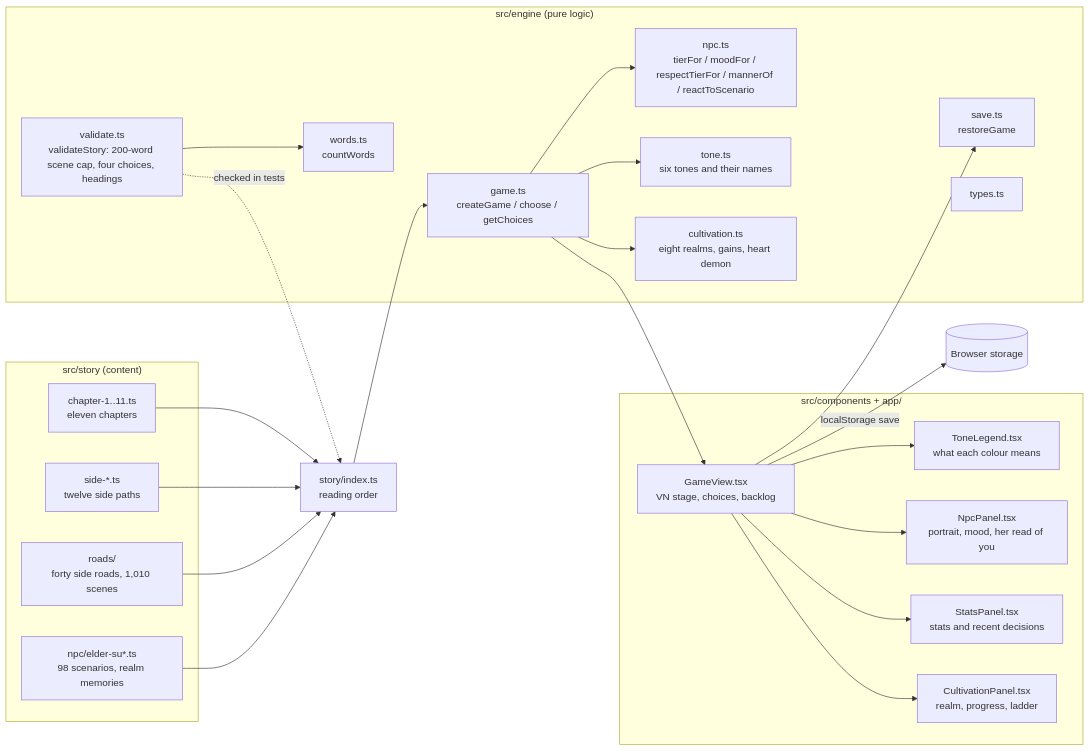
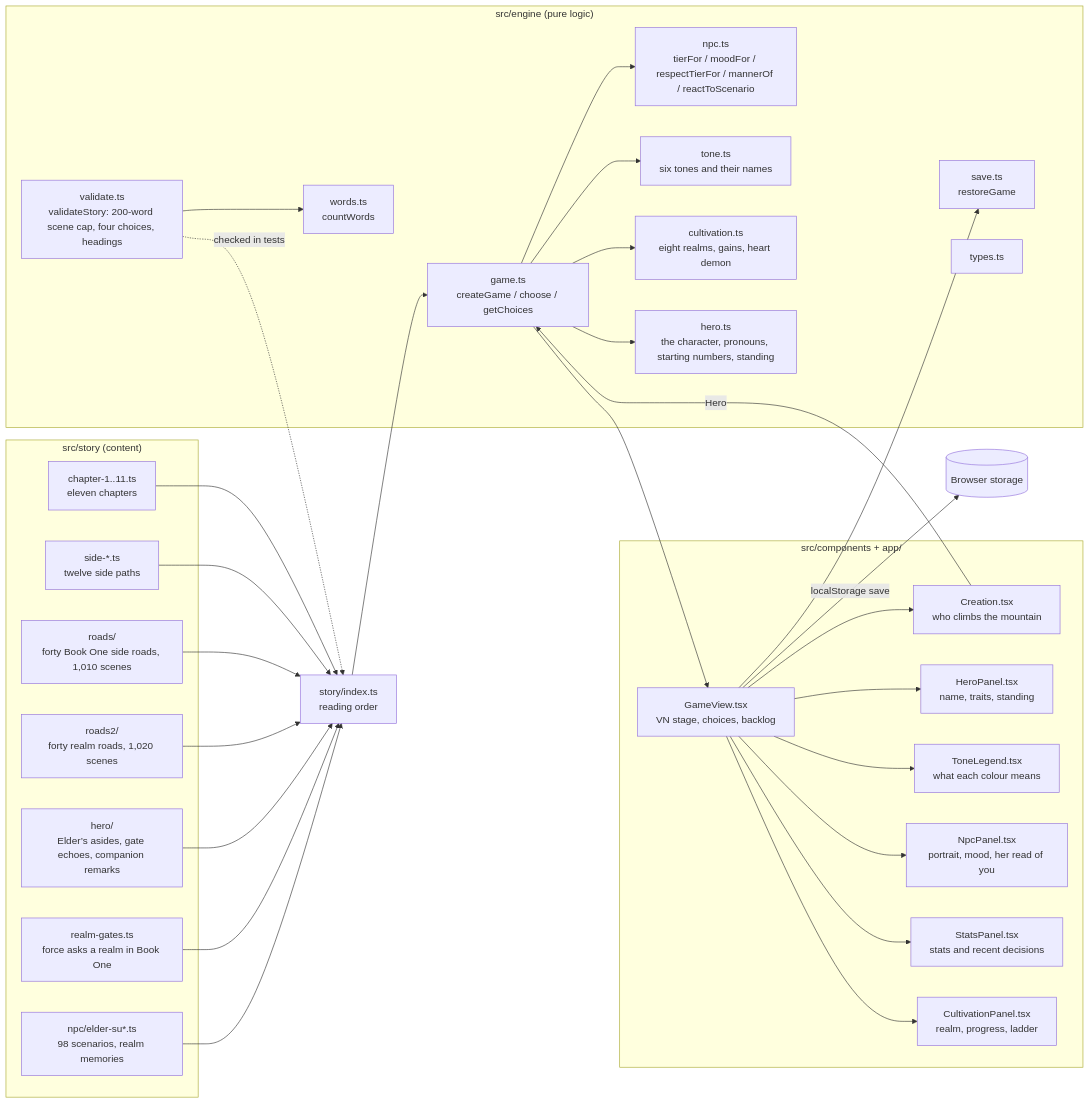
Before and after one commit to jgyy/nextxian: the first of 26 diagrams in docs/ARCHITECTURE.md, drawn with Mermaid. The commit also changed other lines of this file and 112 other files, not shown here.

First line of the commit message:
Add character creation, a reactive cast, forty realm roads and a 1,153-line consistency pass (#9)

````diff
--- a/docs/ARCHITECTURE.md
+++ b/docs/ARCHITECTURE.md
@@ -5,38 +5,47 @@
 ```mermaid
 flowchart LR
   subgraph Story["src/story (content)"]
     C["chapter-1..11.ts<br/>eleven chapters"]
     SD["side-*.ts<br/>twelve side paths"]
-    RD["roads/<br/>forty side roads, 1,010 scenes"]
+    RD["roads/<br/>forty Book One side roads, 1,010 scenes"]
+    R2["roads2/<br/>forty realm roads, 1,020 scenes"]
+    HE["hero/<br/>Elder’s asides, gate echoes, companion remarks"]
+    RG["realm-gates.ts<br/>force asks a realm in Book One"]
     NPC["npc/elder-su*.ts<br/>98 scenarios, realm memories"]
   end
   subgraph Engine["src/engine (pure logic)"]
     G["game.ts<br/>createGame / choose / getChoices"]
     N["npc.ts<br/>tierFor / moodFor / respectTierFor / mannerOf / reactToScenario"]
     TN["tone.ts<br/>six tones and their names"]
     CU["cultivation.ts<br/>eight realms, gains, heart demon"]
+    HR["hero.ts<br/>the character, pronouns, starting numbers, standing"]
     V["validate.ts<br/>validateStory: 200-word scene cap, four choices, headings"]
     SV["save.ts<br/>restoreGame"]
     W["words.ts<br/>countWords"]
     T["types.ts"]
   end
   subgraph UI["src/components + app/"]
+    CR["Creation.tsx<br/>who climbs the mountain"]
+    HP["HeroPanel.tsx<br/>name, traits, standing"]
     GV["GameView.tsx<br/>VN stage, choices, backlog"]
     TL["ToneLegend.tsx<br/>what each colour means"]
     NP["NpcPanel.tsx<br/>portrait, mood, her read of you"]
     SP["StatsPanel.tsx<br/>stats and recent decisions"]
     CP["CultivationPanel.tsx<br/>realm, progress, ladder"]
   end
-  C & SD & RD & NPC --> S["story/index.ts<br/>reading order"]
+  C & SD & RD & R2 & HE & RG & NPC --> S["story/index.ts<br/>reading order"]
   S --> G
+  G --> HR
   G --> N
   G --> TN
   G --> CU
   V -. checked in tests .-> S
   V --> W
   G --> GV
   GV --> TL
   GV --> SV
-  GV --> NP & SP & CP
+  GV --> CR
+  CR -->|Hero| G
+  GV --> NP & SP & CP & HP
   GV -->|localStorage save| Storage[("Browser storage")]
 ```
````
